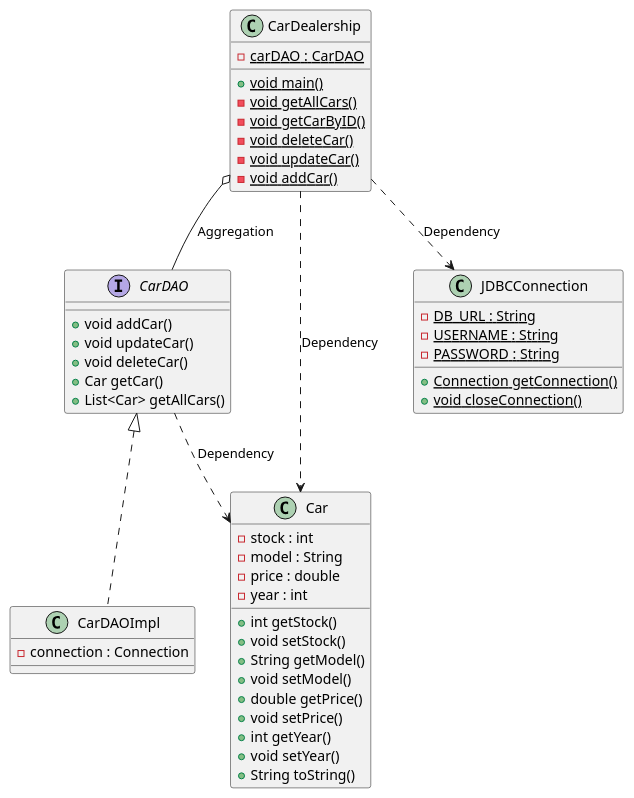
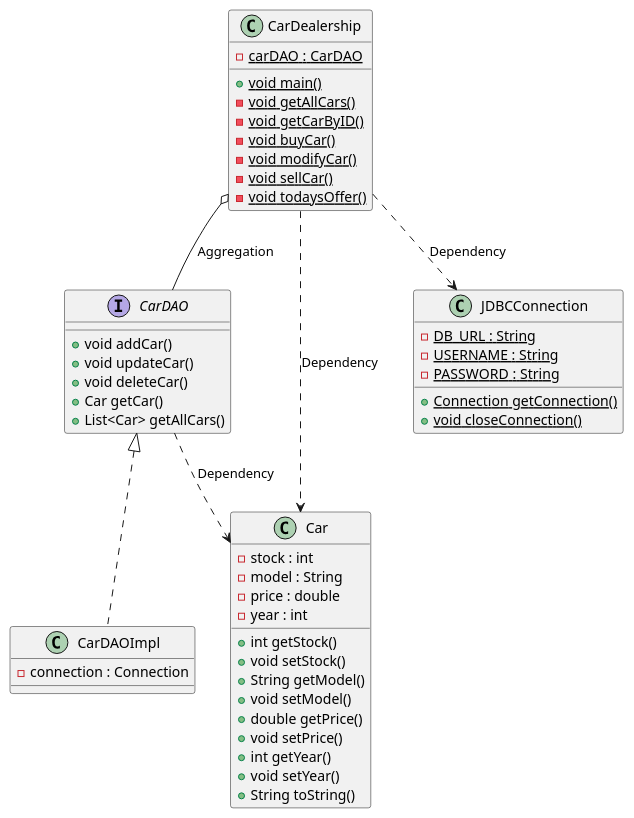
Before and after one commit to AA9-YG/Car-Dealership: the diagram in src/uml/Car Dealership.puml, drawn with PlantUML. The commit also changed 3 other files, not shown here.

```diff
--- a/src/uml/Car Dealership.puml
+++ b/src/uml/Car Dealership.puml
@@ -1,56 +1,57 @@
 @startuml
 'https://plantuml.com/class-diagram
 
 interface CarDAO {
     +void addCar()
     +void updateCar()
     +void deleteCar()
     +Car getCar()
     +List<Car> getAllCars()
 }
 
 class CarDAOImpl implements CarDAO {
     -connection : Connection
 }
 
 class Car {
     -stock : int
     -model : String
     -price : double
     -year : int
     +int getStock()
     +void setStock()
     +String getModel()
     +void setModel()
     +double getPrice()
     +void setPrice()
     +int getYear()
     +void setYear()
     +String toString()
 }
 
 class CarDealership {
     -{static} carDAO : CarDAO
     +{static} void main()
     -{static} void getAllCars()
     -{static} void getCarByID()
-    -{static} void deleteCar()
-    -{static} void updateCar()
-    -{static} void addCar()
+    -{static} void buyCar()
+    -{static} void modifyCar()
+    -{static} void sellCar()
+    -{static} void todaysOffer()
 }
 
 class JDBCConnection {
     -{static} DB_URL : String
     -{static} USERNAME : String
     -{static} PASSWORD : String
     +{static} Connection getConnection()
     +{static} void closeConnection()
 }
 
 CarDealership o-- CarDAO : Aggregation
 CarDealership ..> JDBCConnection : Dependency
 CarDAO ..> Car : Dependency
 CarDealership ..> Car : Dependency
 
 
 @enduml
```
